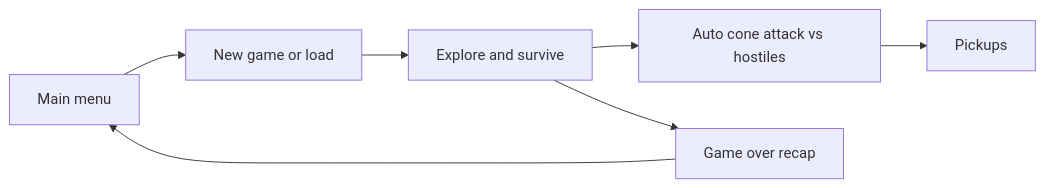
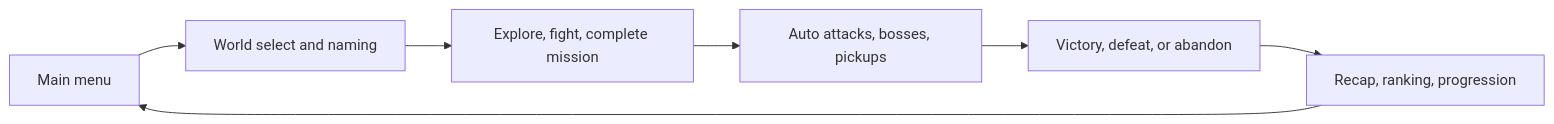
The fourth of 11 diagrams in README.md (AlexAgo83/emberwake), drawn with Mermaid before and after one commit. The commit also changed other lines of this file and 8 other files, not shown here.

````diff
--- a/README.md
+++ b/README.md
@@ -89,9 +95,9 @@
 ```mermaid
 flowchart LR
-    Menu[Main menu] --> NewGame[New game or load]
-    NewGame --> Runtime[Explore and survive]
-    Runtime --> Combat[Auto cone attack vs hostiles]
-    Combat --> Loot[Pickups]
-    Runtime --> GameOver[Game over recap]
-    GameOver --> Menu
+    Menu[Main menu] --> NewGame[World select and naming]
+    NewGame --> Runtime[Explore, fight, complete mission]
+    Runtime --> Combat[Auto attacks, bosses, pickups]
+    Combat --> Outcome[Victory, defeat, or abandon]
+    Outcome --> Growth[Recap, ranking, progression]
+    Growth --> Menu
 ```
````
